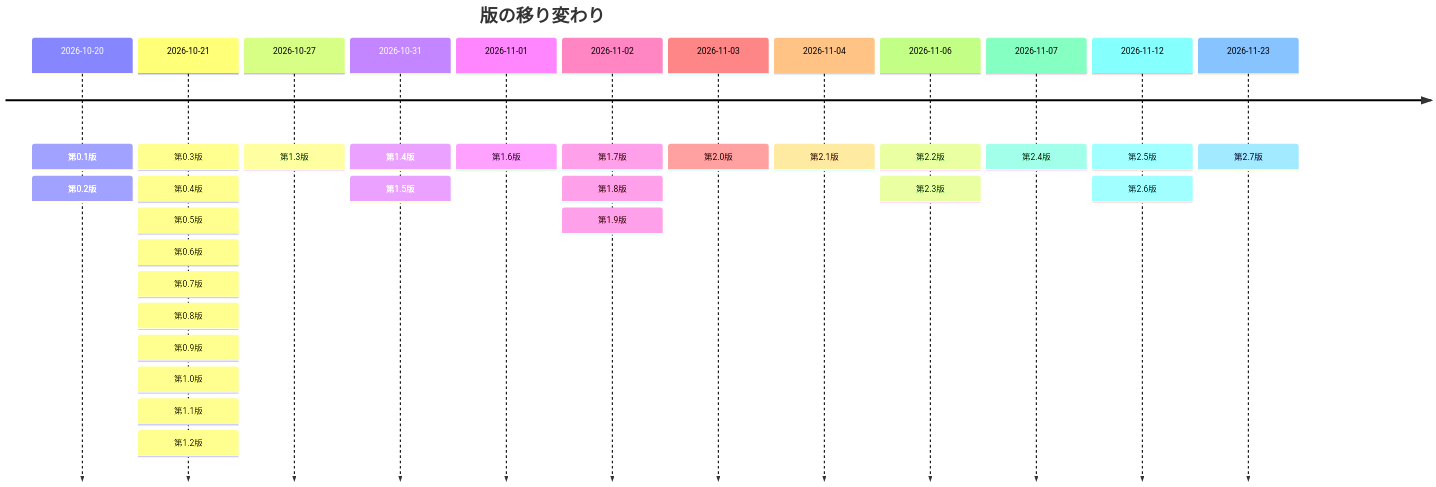
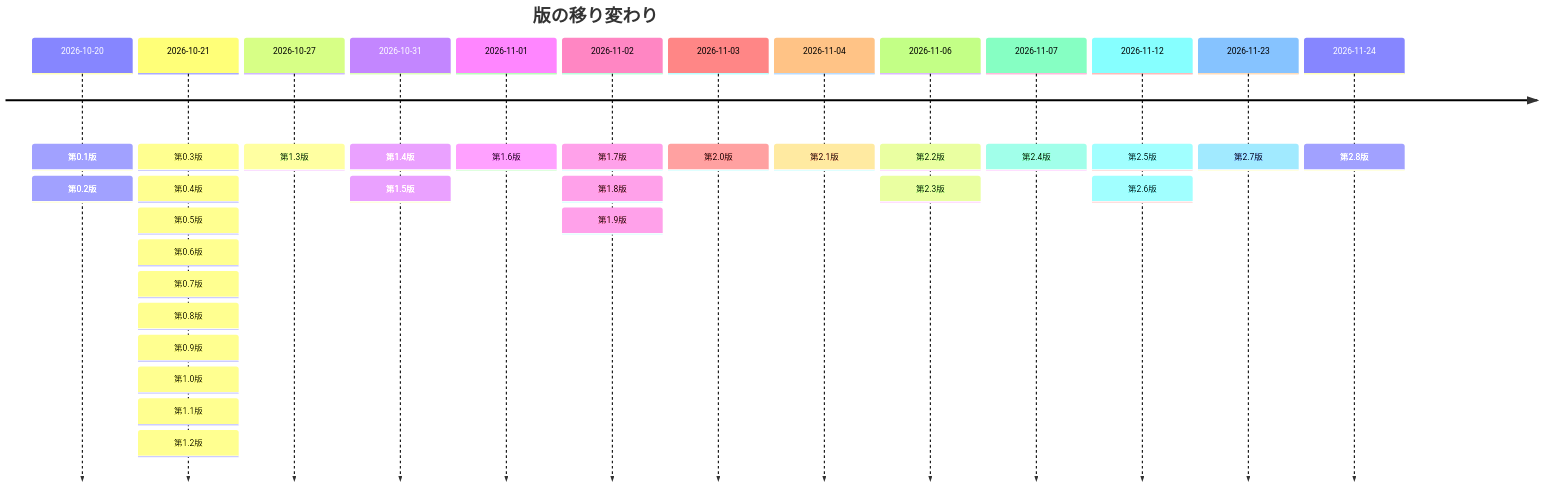
One commit to pocarialice/rpglearning changed the fourth of 4 diagrams in documents/モジュールテスト仕様書_RPG学習アプリ.md. Above: the diagram before and after it, drawn with Mermaid. The commit also changed other lines of this file and 8 other files, not shown here.

````diff
--- a/documents/モジュールテスト仕様書_RPG学習アプリ.md
+++ b/documents/モジュールテスト仕様書_RPG学習アプリ.md
@@ -1638,16 +1638,17 @@
 ```mermaid
 timeline
   title 版の移り変わり
   2026-10-20 : 第0.1版 : 第0.2版
   2026-10-21 : 第0.3版 : 第0.4版 : 第0.5版 : 第0.6版 : 第0.7版 : 第0.8版 : 第0.9版 : 第1.0版 : 第1.1版 : 第1.2版
   2026-10-27 : 第1.3版
   2026-10-31 : 第1.4版 : 第1.5版
   2026-11-01 : 第1.6版
   2026-11-02 : 第1.7版 : 第1.8版 : 第1.9版
   2026-11-03 : 第2.0版
   2026-11-04 : 第2.1版
   2026-11-06 : 第2.2版 : 第2.3版
   2026-11-07 : 第2.4版
   2026-11-12 : 第2.5版 : 第2.6版
   2026-11-23 : 第2.7版
+  2026-11-24 : 第2.8版
 ```
````
